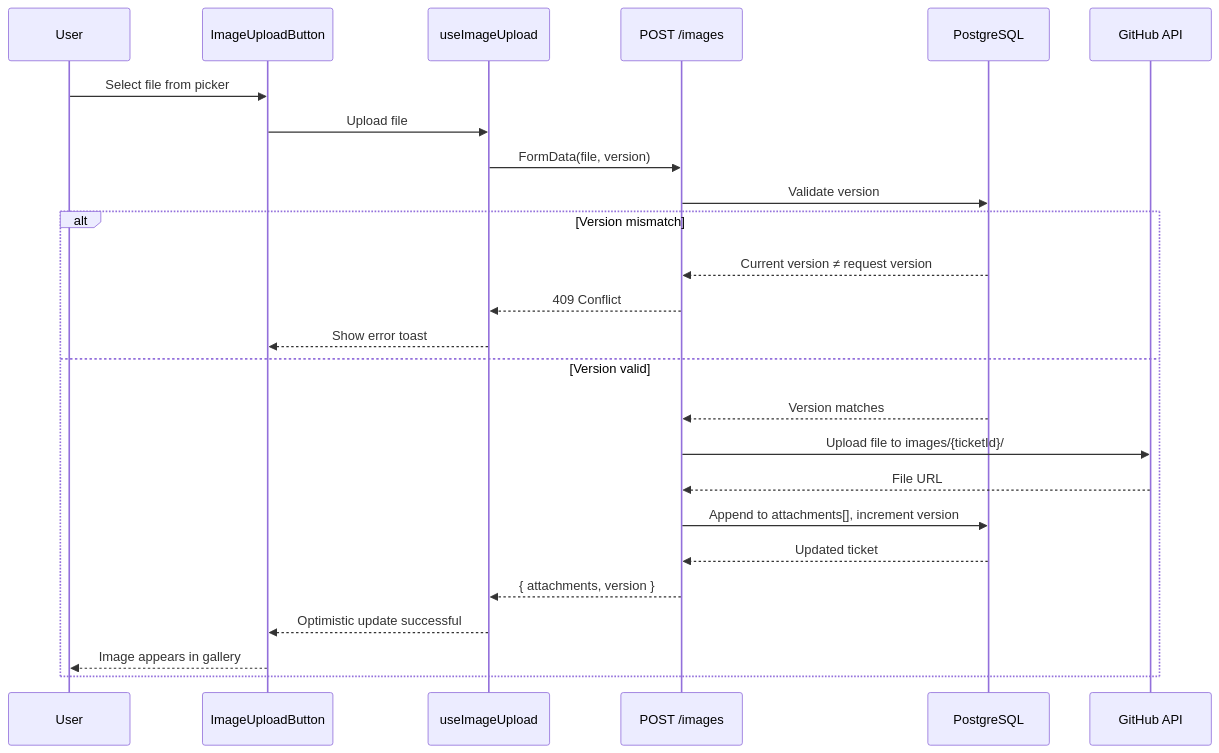
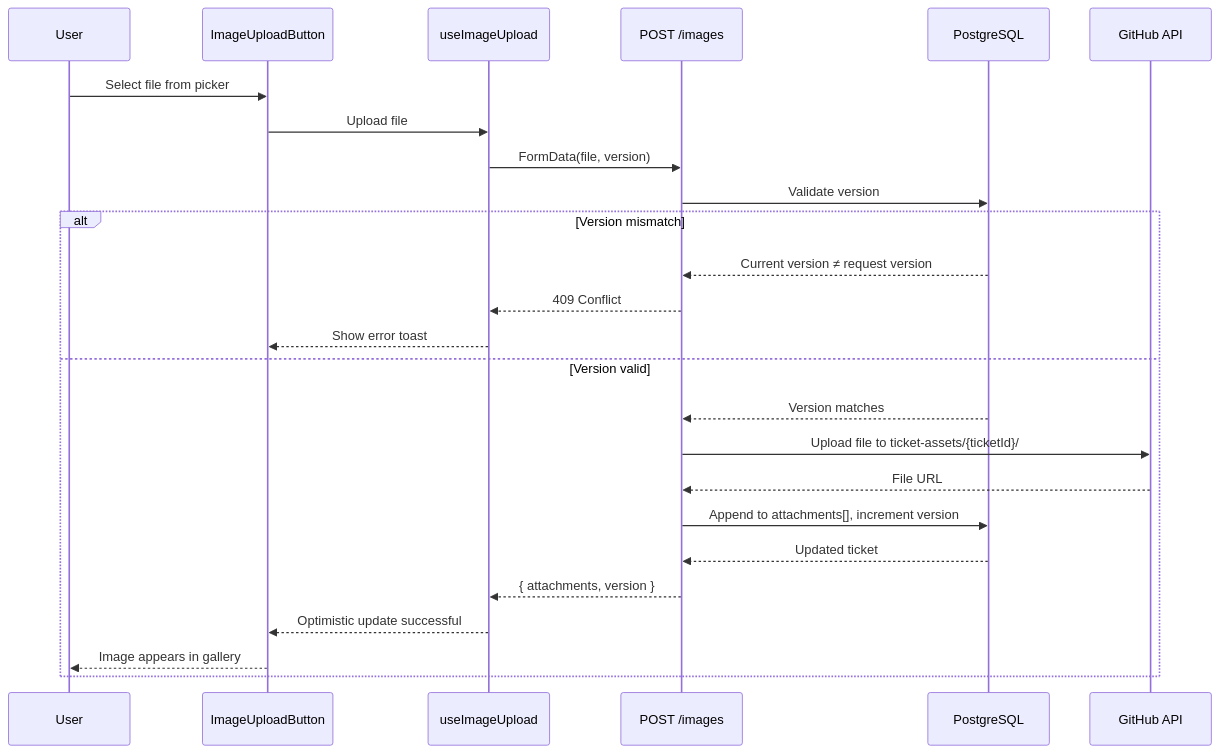
The second of 2 diagrams in specs/039-consult-update-images/data-model.md (bfernandez31/ai-board), drawn with Mermaid before and after one commit. The commit also changed other lines of this file and 7 other files, not shown here.

````diff
--- a/specs/039-consult-update-images/data-model.md
+++ b/specs/039-consult-update-images/data-model.md
@@ -349,28 +349,28 @@
 ```mermaid
 sequenceDiagram
     participant User
     participant UI as ImageUploadButton
     participant Hook as useImageUpload
     participant API as POST /images
     participant DB as PostgreSQL
     participant GH as GitHub API
 
     User->>UI: Select file from picker
     UI->>Hook: Upload file
     Hook->>API: FormData(file, version)
     API->>DB: Validate version
     alt Version mismatch
         DB-->>API: Current version ≠ request version
         API-->>Hook: 409 Conflict
         Hook-->>UI: Show error toast
     else Version valid
         DB-->>API: Version matches
-        API->>GH: Upload file to images/{ticketId}/
+        API->>GH: Upload file to ticket-assets/{ticketId}/
         GH-->>API: File URL
         API->>DB: Append to attachments[], increment version
         DB-->>API: Updated ticket
         API-->>Hook: { attachments, version }
         Hook-->>UI: Optimistic update successful
         UI-->>User: Image appears in gallery
     end
 ```
````
